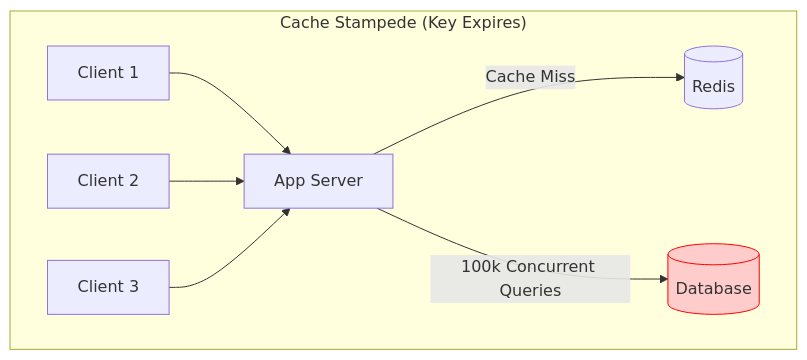
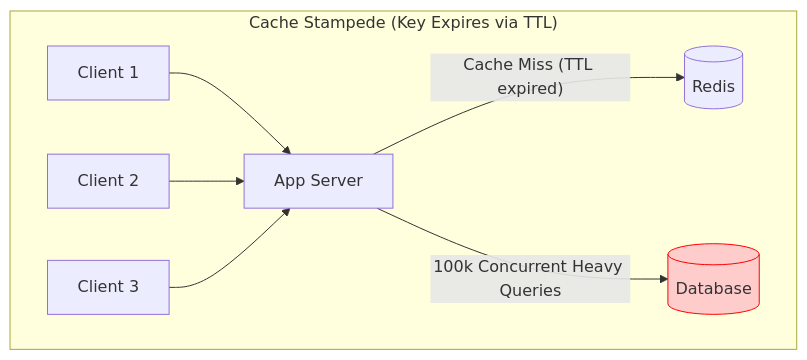
One commit to abhinnaagrawal/system-design-notes changed the seventh of 17 diagrams in Building_Blocks.md. Above: the diagram before and after it, drawn with Mermaid. The commit also changed other lines of this file and 1 other file, not shown here.

Commit message:
docs(caching): clarify difference between TTL and Eviction, expand stampede mechanisms

````diff
--- a/Building_Blocks.md
+++ b/Building_Blocks.md
@@ -386,11 +393,11 @@
 ```mermaid
 flowchart TD
-    subgraph "Cache Stampede (Key Expires)"
+    subgraph "Cache Stampede (Key Expires via TTL)"
         C1[Client 1] --> API[App Server]
         C2[Client 2] --> API
         C3[Client 3] --> API
-        API -- "Cache Miss" --> Cache[(Redis)]
-        API -- "100k Concurrent Queries" --> DB[(Database)]
+        API -- "Cache Miss (TTL expired)" --> Cache[(Redis)]
+        API -- "100k Concurrent Heavy Queries" --> DB[(Database)]
         style DB fill:#ffcccc,stroke:#ff0000
     end
 ```
````
